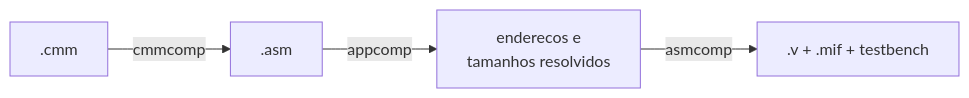
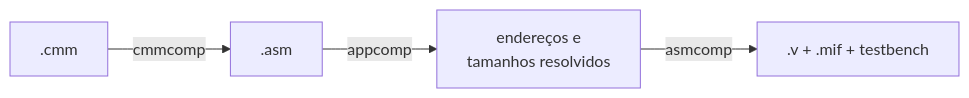
Before and after one commit to nipscernlab/docs_aurora: the diagram in source/sapho/compilacao.md, drawn with Mermaid. The commit also changed 5 other files, not shown here.

First line of the commit message:
Cartoes sem asteriscos, creditos enxutos e diagrama da folha corrigido

````diff
--- a/source/sapho/compilacao.md
+++ b/source/sapho/compilacao.md
@@ -7,6 +7,6 @@
 ```{mermaid}
 flowchart LR
   CMM[".cmm"] -->|"cmmcomp"| ASM[".asm"]
-  ASM -->|"appcomp"| PRE["enderecos e<br>tamanhos resolvidos"]
+  ASM -->|"appcomp"| PRE["endereços e<br>tamanhos resolvidos"]
   PRE -->|"asmcomp"| OUT[".v  +  .mif  +  testbench"]
 ```
````
